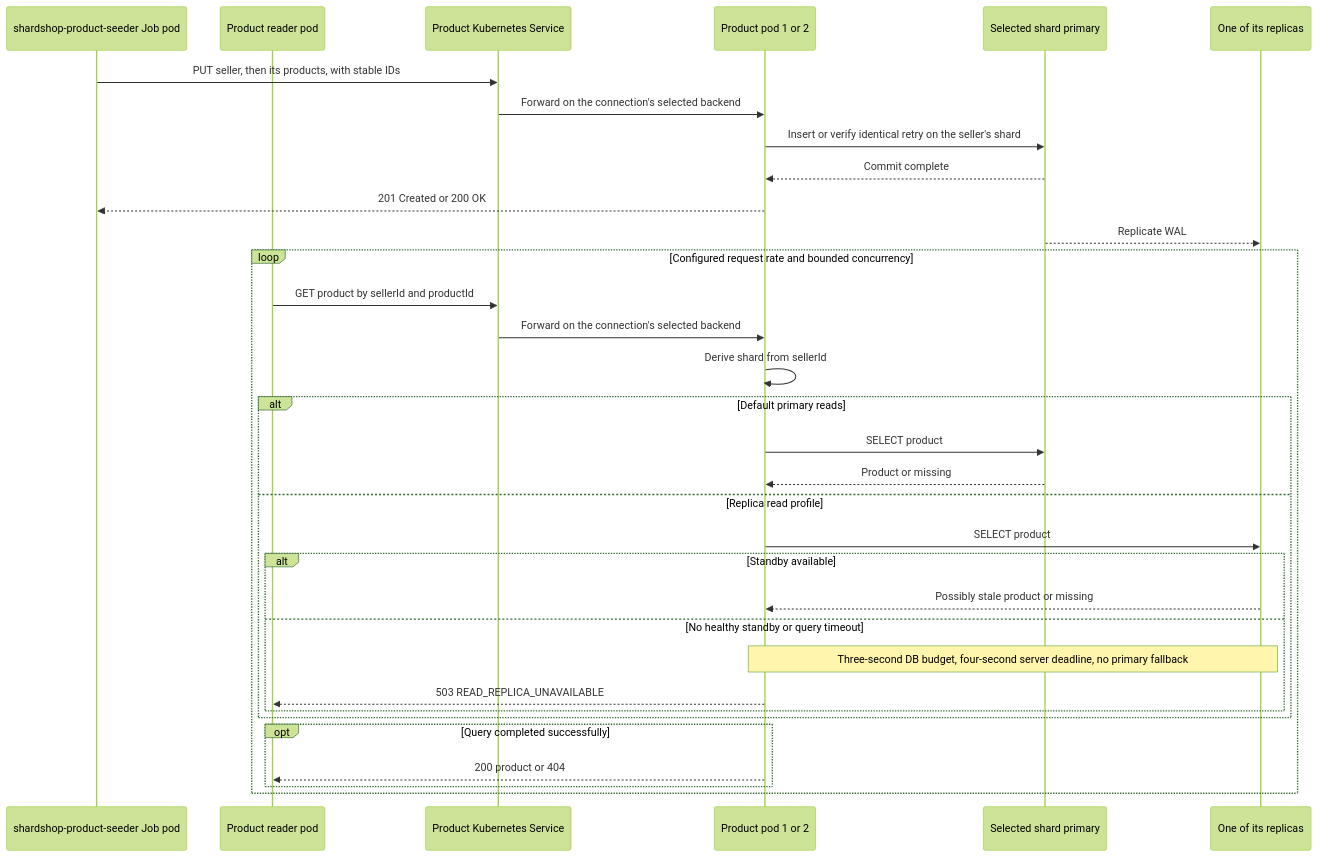
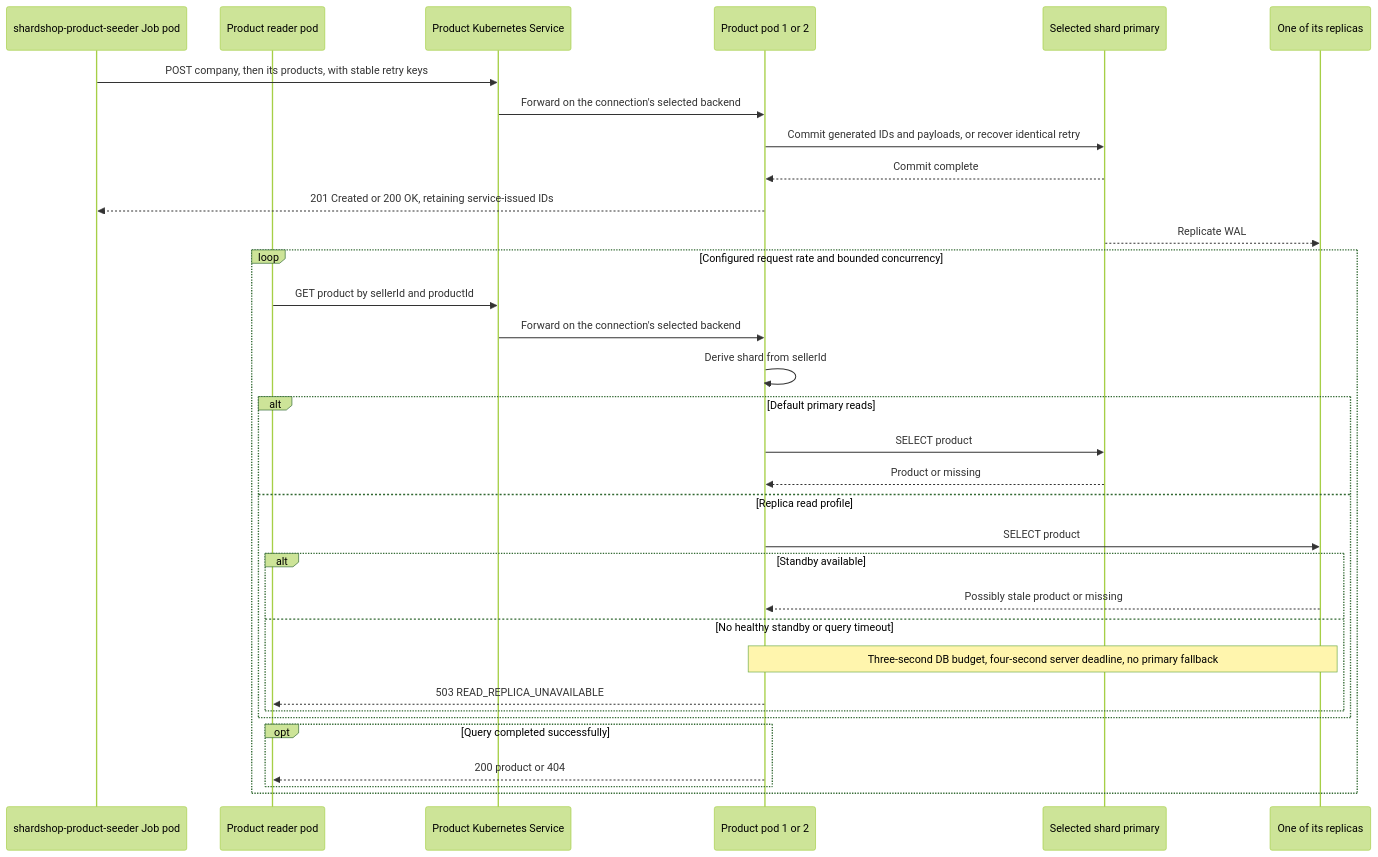
Before and after one commit to nklip/JavaCraft: the third of 7 diagrams in microservices/shardshop/ARCHITECTURE.md, drawn with Mermaid (forest theme). The commit also changed other lines of this file and 54 other files, not shown here.

````diff
--- a/microservices/shardshop/ARCHITECTURE.md
+++ b/microservices/shardshop/ARCHITECTURE.md
@@ -1088,37 +1177,37 @@
 ```mermaid
 sequenceDiagram
     participant Producer as shardshop-product-seeder Job pod
     participant Reader as Product reader pod
     participant Service as Product Kubernetes Service
     participant API as Product pod 1 or 2
     participant Primary as Selected shard primary
     participant Replica as One of its replicas
 
-    Producer->>Service: PUT seller, then its products, with stable IDs
+    Producer->>Service: POST company, then its products, with stable retry keys
     Service->>API: Forward on the connection's selected backend
-    API->>Primary: Insert or verify identical retry on the seller's shard
+    API->>Primary: Commit generated IDs and payloads, or recover identical retry
     Primary-->>API: Commit complete
-    API-->>Producer: 201 Created or 200 OK
+    API-->>Producer: 201 Created or 200 OK, retaining service-issued IDs
     Primary-->>Replica: Replicate WAL
 
     loop Configured request rate and bounded concurrency
         Reader->>Service: GET product by sellerId and productId
         Service->>API: Forward on the connection's selected backend
         API->>API: Derive shard from sellerId
         alt Default primary reads
             API->>Primary: SELECT product
             Primary-->>API: Product or missing
         else Replica read profile
             API->>Replica: SELECT product
             alt Standby available
                 Replica-->>API: Possibly stale product or missing
             else No healthy standby or query timeout
                 Note over API,Replica: Three-second DB budget, four-second server deadline, no primary fallback
                 API-->>Reader: 503 READ_REPLICA_UNAVAILABLE
             end
         end
         opt Query completed successfully
             API-->>Reader: 200 product or 404
         end
     end
 ```
````
